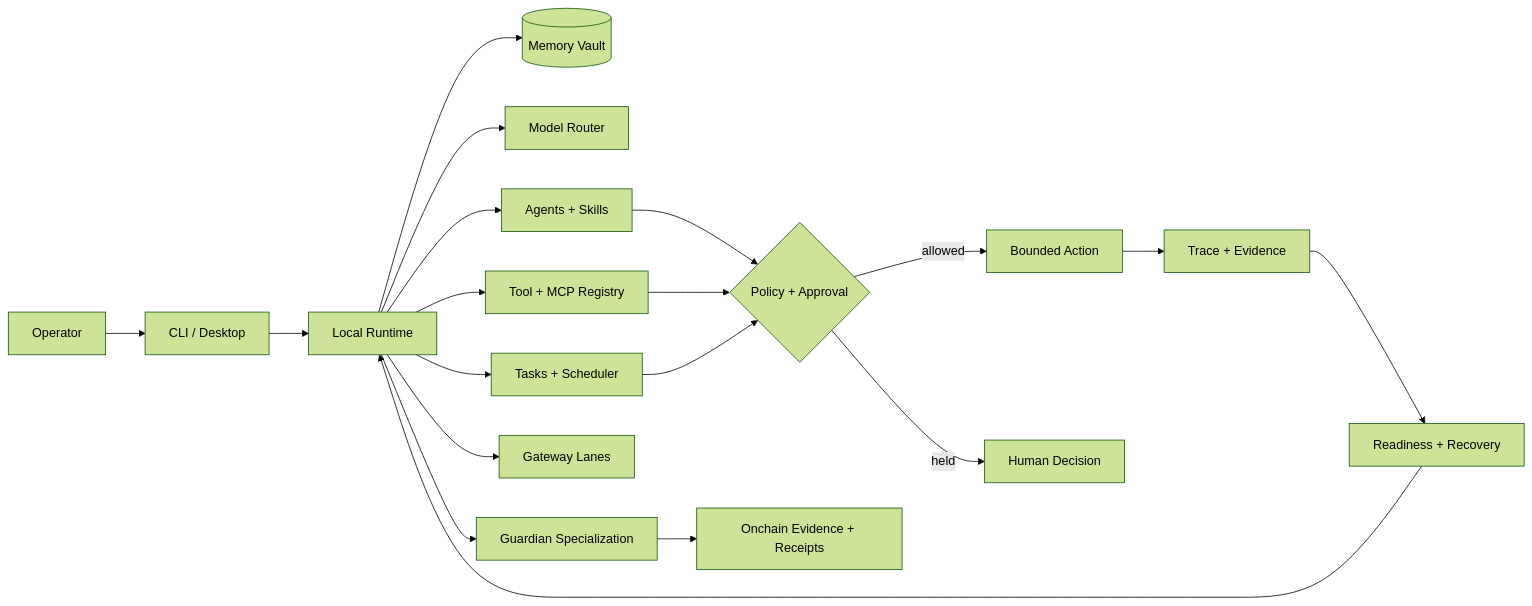
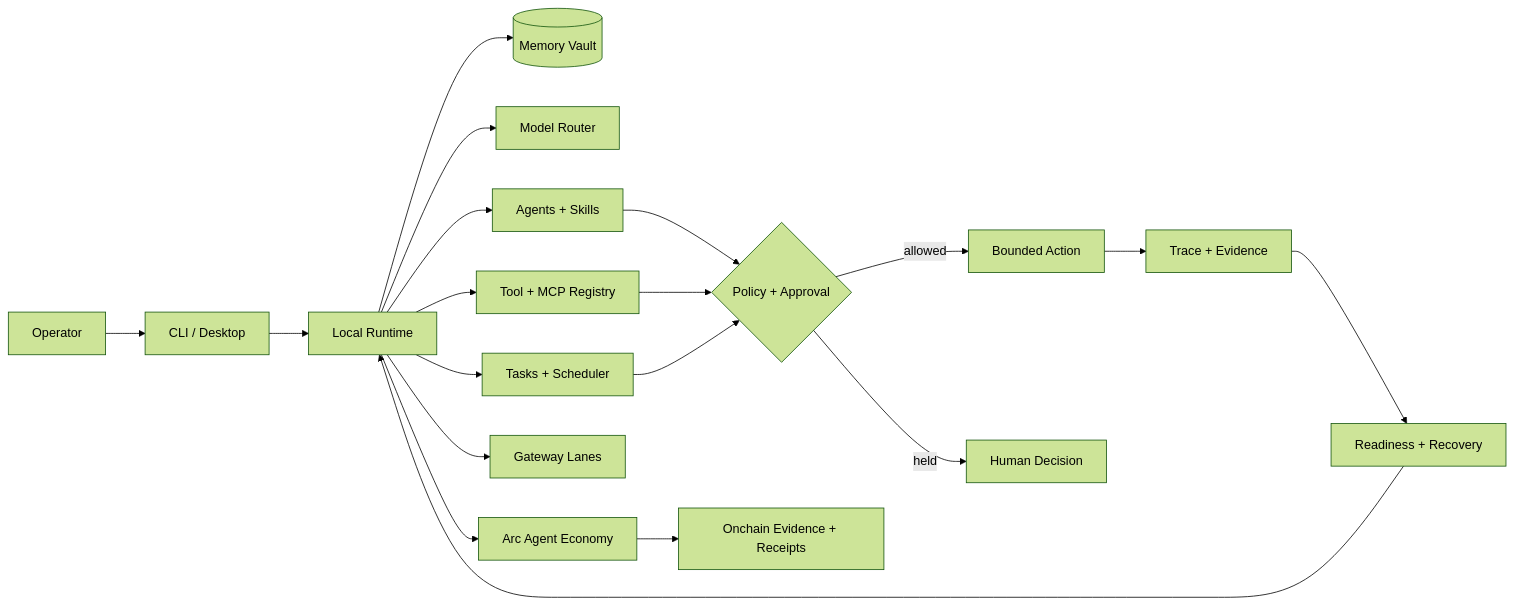
Before and after one commit to Hallow-agent/Hallow: the diagram in README.md, drawn with Mermaid (forest theme). The commit also changed other lines of this file and 52 other files, not shown here.

First line of the commit message:
Hallow 0.2.0: Arc Agent Economy Preview (#2)

````diff
--- a/README.md
+++ b/README.md
@@ -104,24 +104,24 @@
 ```mermaid
 flowchart LR
     O[Operator] --> S[CLI / Desktop]
     S --> R[Local Runtime]
 
     R --> M[(Memory Vault)]
     R --> MR[Model Router]
     R --> A[Agents + Skills]
     R --> T[Tool + MCP Registry]
     R --> Q[Tasks + Scheduler]
     R --> G[Gateway Lanes]
 
     A --> P{Policy + Approval}
     T --> P
     Q --> P
     P -->|allowed| X[Bounded Action]
     P -->|held| H[Human Decision]
     X --> E[Trace + Evidence]
     E --> C[Readiness + Recovery]
     C --> R
 
-    R --> GU[Guardian Specialization]
-    GU --> GE[Onchain Evidence + Receipts]
+    R --> ARC[Arc Agent Economy]
+    ARC --> GE[Onchain Evidence + Receipts]
 ```
````
